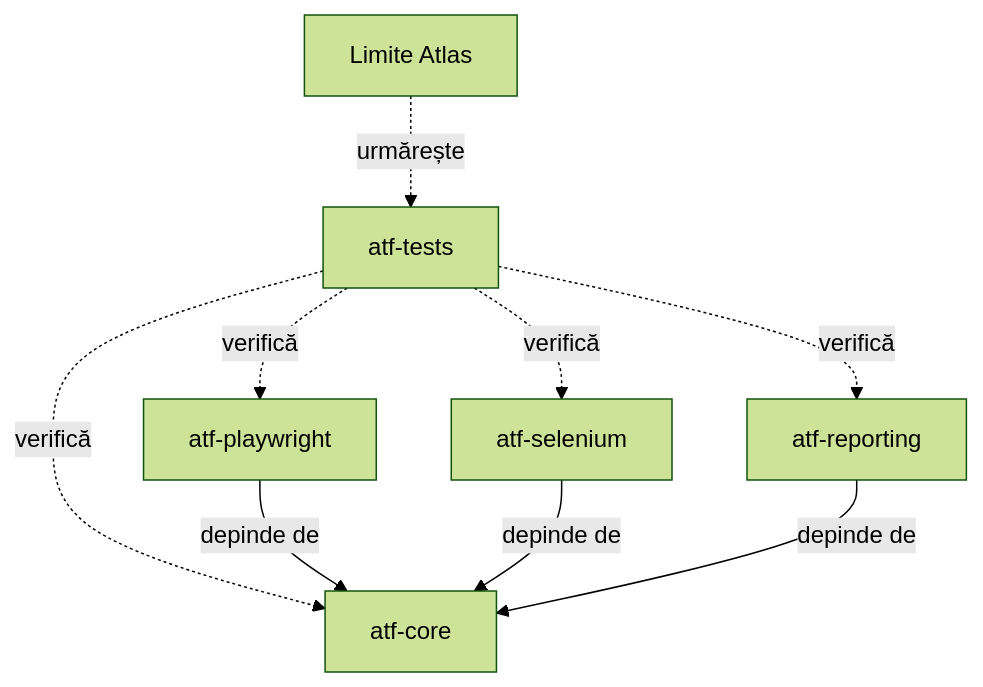
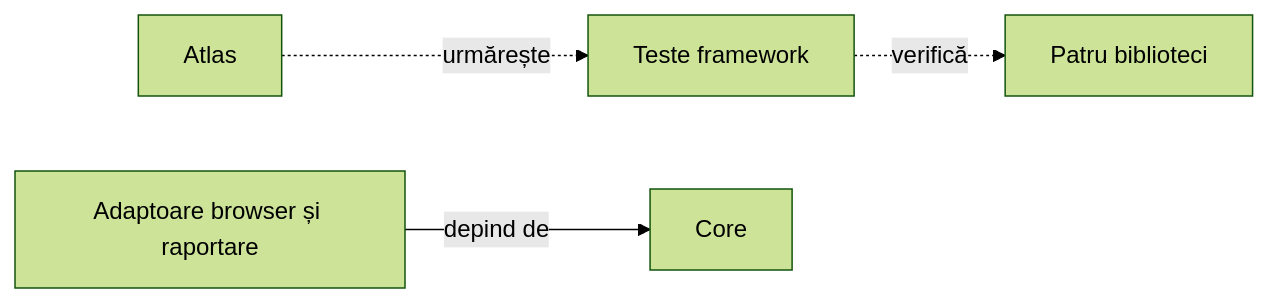
Before and after one commit to crististefanita/ATF_AI: the first of 3 diagrams in atf-atlas/README.md, drawn with Mermaid (forest theme). The commit also changed other lines of this file and 111 other files, not shown here.

````diff
--- a/atf-atlas/README.md
+++ b/atf-atlas/README.md
@@ -32,11 +32,6 @@
 ```mermaid
-flowchart TB
-    Atlas["Limite Atlas"] -. urmărește .-> Tests["atf-tests"]
-    Tests -. verifică .-> Core["atf-core"]
-    Tests -. verifică .-> PW["atf-playwright"]
-    Tests -. verifică .-> SE["atf-selenium"]
-    Tests -. verifică .-> Reports["atf-reporting"]
-    PW -->|depinde de| Core
-    SE -->|depinde de| Core
-    Reports -->|depinde de| Core
+flowchart LR
+    Atlas["Atlas"] -. urmărește .-> Tests["Teste framework"]
+    Tests -. verifică .-> Runtime["Patru biblioteci"]
+    Providers["Adaptoare browser și raportare"] -->|depind de| Core["Core"]
 ```
````
